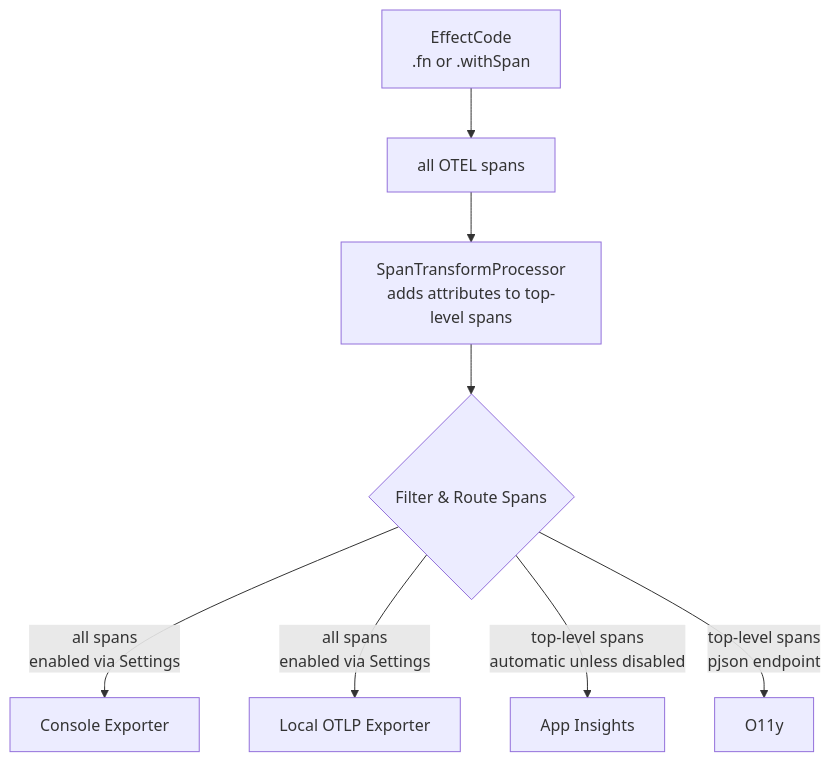
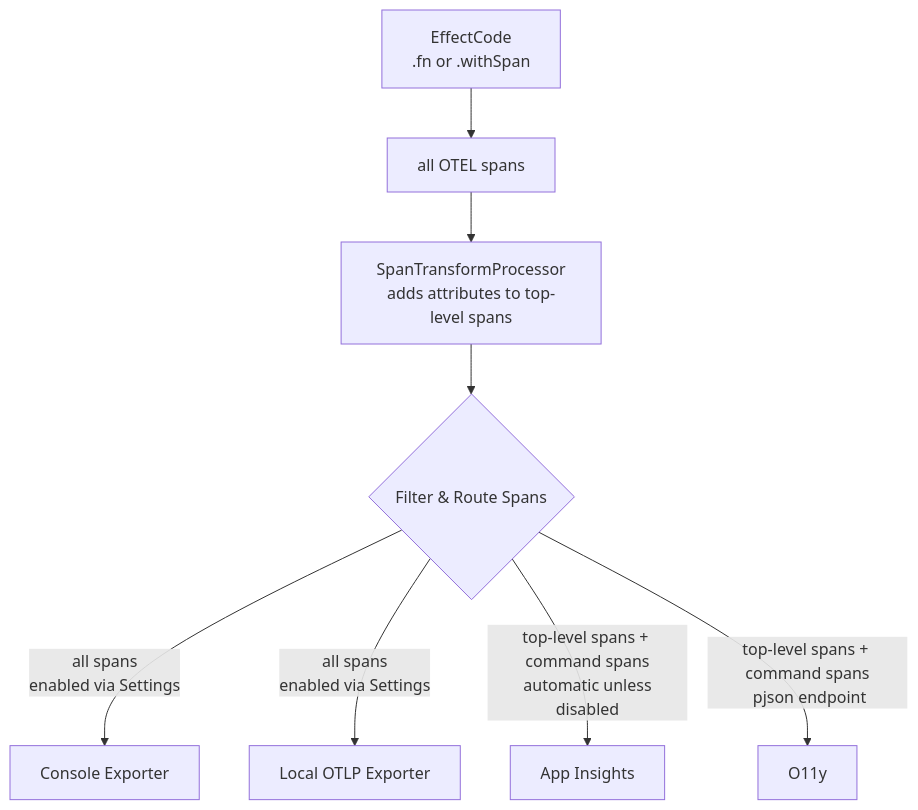
Before and after one commit to forcedotcom/salesforcedx-vscode: the diagram in packages/salesforcedx-vscode-services/src/observability/README.md, drawn with Mermaid. The commit also changed other lines of this file and 2 other files, not shown here.

Commit message:
refactor: filtered stream for web spans instead of unbounded calls

````diff
--- a/packages/salesforcedx-vscode-services/src/observability/README.md
+++ b/packages/salesforcedx-vscode-services/src/observability/README.md
@@ -14,10 +14,10 @@
 ```mermaid
 flowchart TD
     A["EffectCode<br/>.fn or .withSpan"] --> B[all OTEL spans]
     B --> C["SpanTransformProcessor<br/>adds attributes to top-level spans"]
     C --> D{Filter & Route Spans}
     D -->|all spans<br/>enabled via Settings| E[Console Exporter]
     D -->|all spans<br/>enabled via Settings| F[Local OTLP Exporter]
-    D -->|top-level spans<br/> automatic unless disabled| G[App Insights]
-    D -->|top-level spans<br/> pjson endpoint| H[O11y]
+    D -->|top-level spans + command spans<br/> automatic unless disabled| G[App Insights]
+    D -->|top-level spans + command spans<br/> pjson endpoint| H[O11y]
 ```
````
